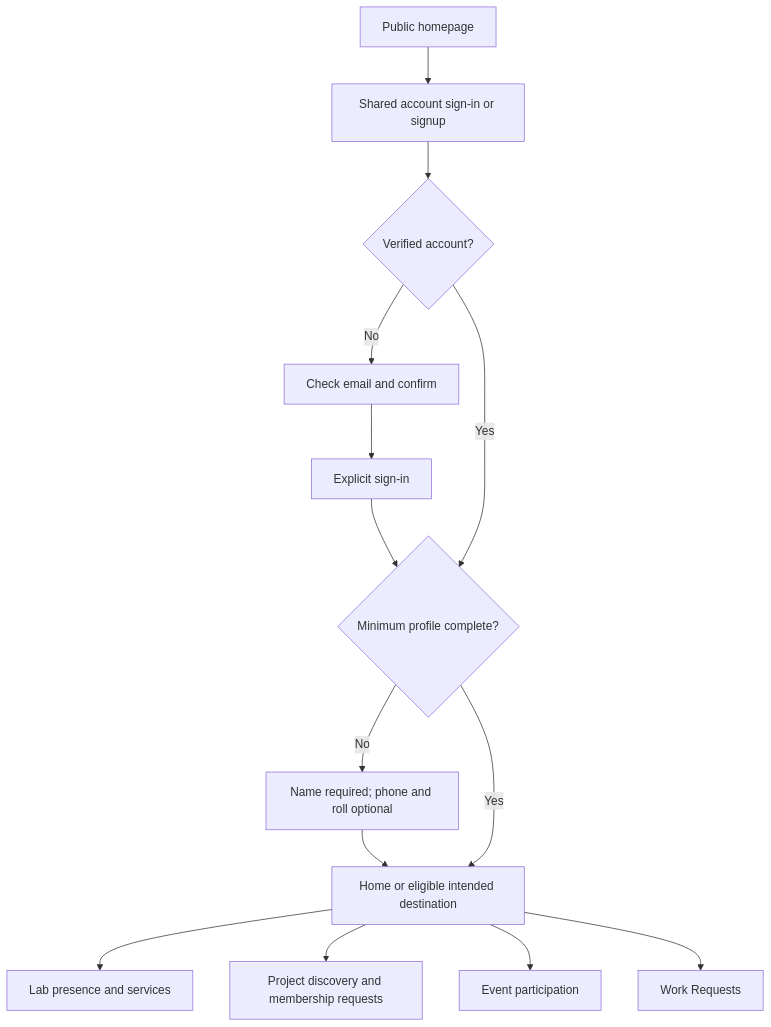
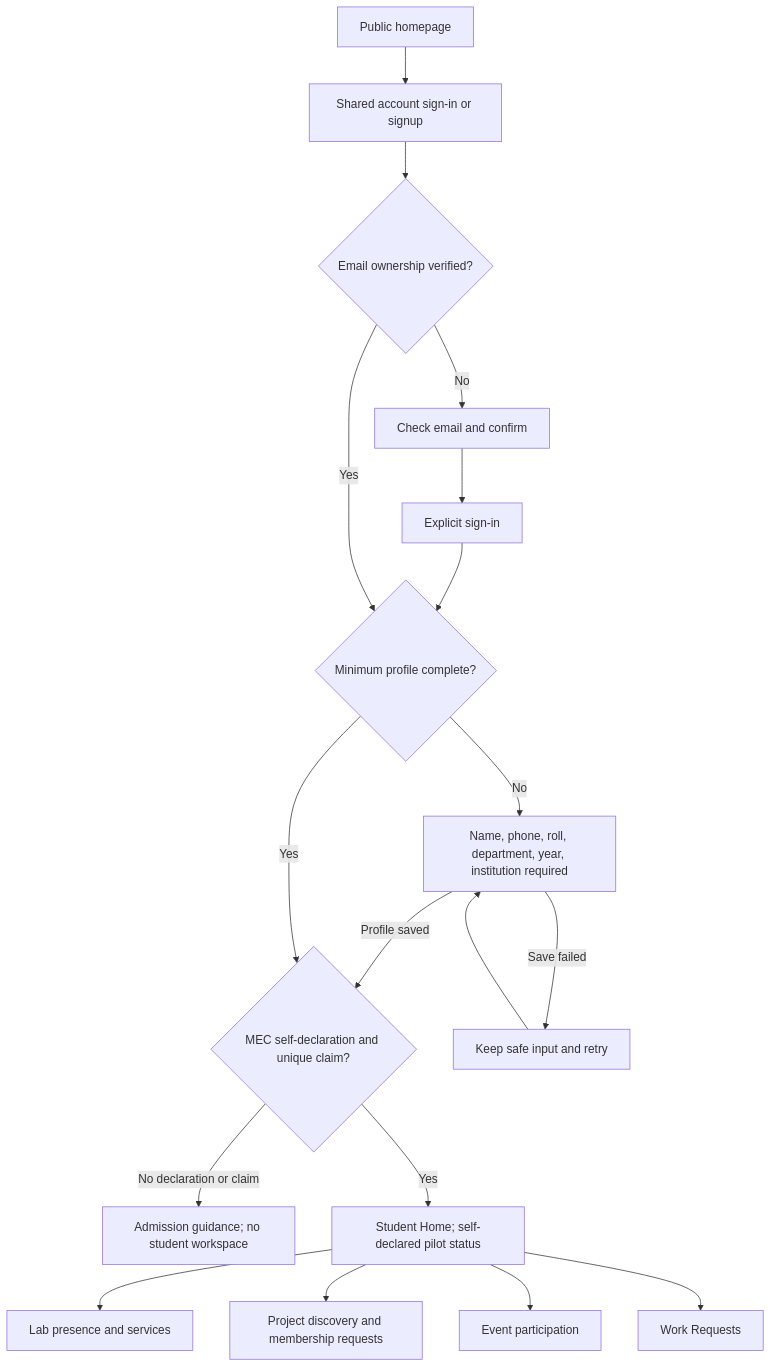
Before and after one commit to MEC-IDEALAB/IDEALAB-MEC-WEB: the first of 3 diagrams in docs/experience.md, drawn with Mermaid. The commit also changed other lines of this file and 148 other files, not shown here.

````diff
--- a/docs/experience.md
+++ b/docs/experience.md
@@ -26,16 +266,20 @@
 ```mermaid
 flowchart TD
   Public[Public homepage] --> Auth[Shared account sign-in or signup]
-  Auth --> Verify{Verified account?}
+  Auth --> Verify{Email ownership verified?}
   Verify -->|No| Email[Check email and confirm]
   Email --> Login[Explicit sign-in]
   Login --> Minimum
   Verify -->|Yes| Minimum{Minimum profile complete?}
-  Minimum -->|No| Setup[Name required; phone and roll optional]
-  Setup --> Home[Home or eligible intended destination]
-  Minimum -->|Yes| Home
+  Minimum -->|No| Setup[Name, phone, roll, department, year, institution required]
+  Setup -->|Profile saved| Admission{MEC self-declaration and unique claim?}
+  Setup -->|Save failed| Retry[Keep safe input and retry]
+  Retry --> Setup
+  Minimum -->|Yes| Admission
+  Admission -->|No declaration or claim| Pending[Admission guidance; no student workspace]
+  Admission -->|Yes| Home[Student Home; self-declared pilot status]
   Home --> Lab[Lab presence and services]
   Home --> Projects[Project discovery and membership requests]
   Home --> Events[Event participation]
   Home --> Requests[Work Requests]
 ```
````
